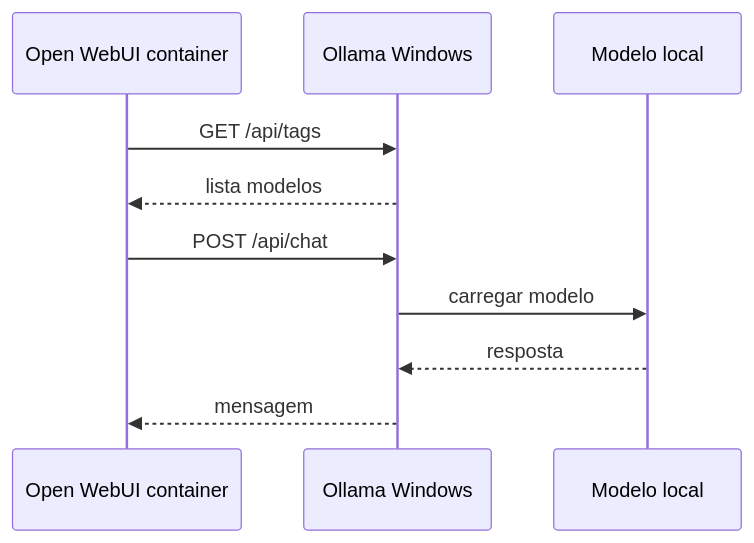
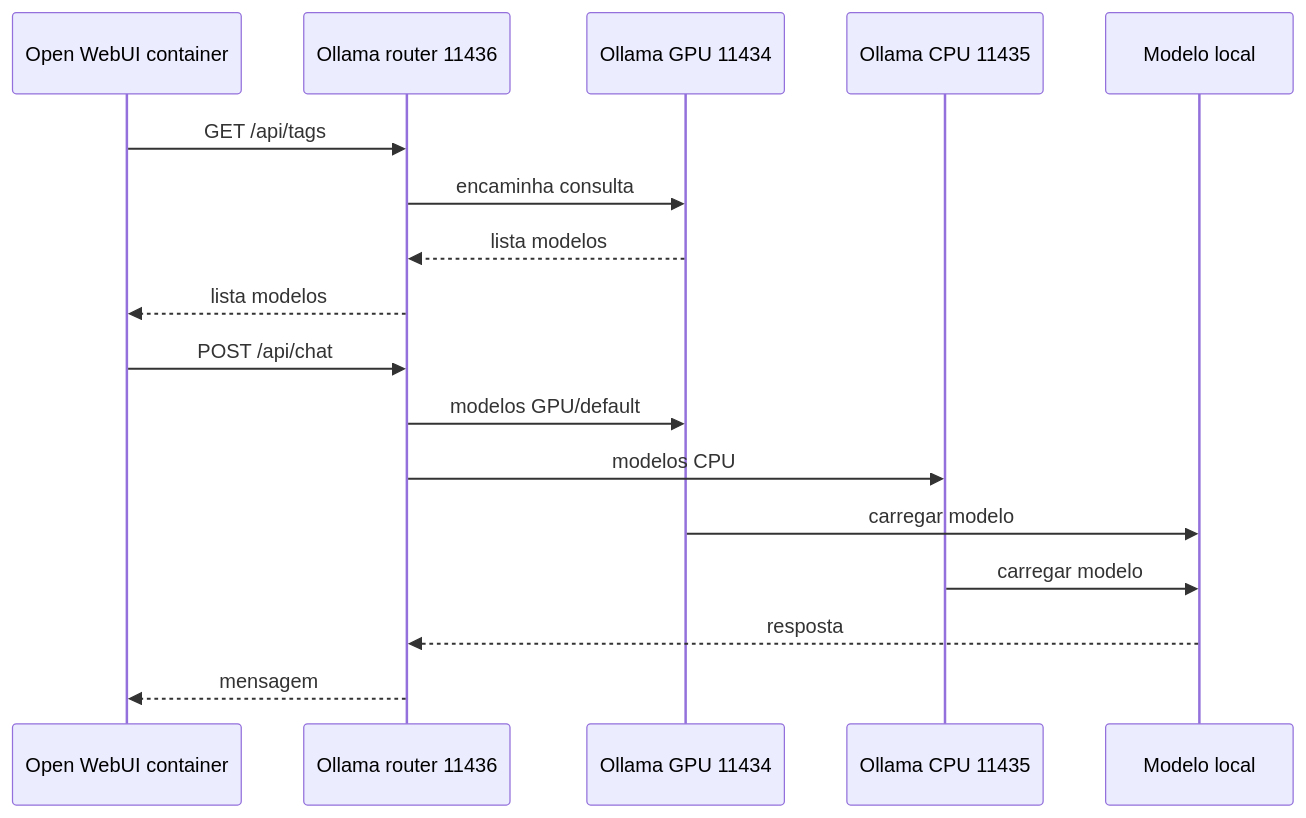
Before and after one commit to marcocanedo/ia_lab: the diagram in docs/diagrams/ollama_flow.mmd, drawn with Mermaid. The commit also changed 93 other files, not shown here.

```diff
--- a/docs/diagrams/ollama_flow.mmd
+++ b/docs/diagrams/ollama_flow.mmd
@@ -1,11 +1,18 @@
 sequenceDiagram
     participant WebUI as Open WebUI container
-    participant Ollama as Ollama Windows
+    participant Router as Ollama router 11436
+    participant GPU as Ollama GPU 11434
+    participant CPU as Ollama CPU 11435
     participant Model as Modelo local
 
-    WebUI->>Ollama: GET /api/tags
-    Ollama-->>WebUI: lista modelos
-    WebUI->>Ollama: POST /api/chat
-    Ollama->>Model: carregar modelo
-    Model-->>Ollama: resposta
-    Ollama-->>WebUI: mensagem
+    WebUI->>Router: GET /api/tags
+    Router->>GPU: encaminha consulta
+    GPU-->>Router: lista modelos
+    Router-->>WebUI: lista modelos
+    WebUI->>Router: POST /api/chat
+    Router->>GPU: modelos GPU/default
+    Router->>CPU: modelos CPU
+    GPU->>Model: carregar modelo
+    CPU->>Model: carregar modelo
+    Model-->>Router: resposta
+    Router-->>WebUI: mensagem
```
